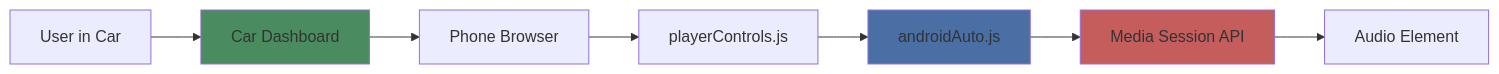
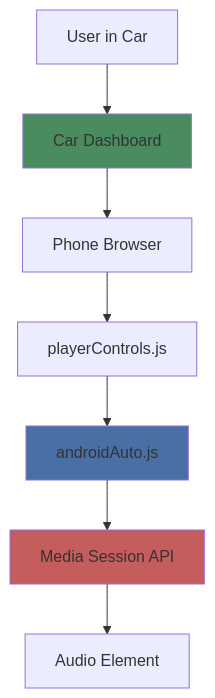
One commit to mark-me/mixtape-society changed the first of 3 diagrams in docs/development/device-integration/android-auto/overview.md. Above: the diagram before and after it, drawn with Mermaid. The commit also changed other lines of this file and 19 other files, not shown here.

First line of the commit message:
Simplify unreadable diagrams and correct small errors in the docs

````diff
--- a/docs/development/device-integration/android-auto/overview.md
+++ b/docs/development/device-integration/android-auto/overview.md
@@ -39,21 +39,21 @@
 ```mermaid
-graph LR
+graph TD
     User[User in Car]
     Car[Car Dashboard]
     Phone[Phone Browser]
     PlayerControls[playerControls.js]
     AndroidAuto[androidAuto.js]
     MediaSession[Media Session API]
     Audio[Audio Element]
 
     User --> Car
     Car --> Phone
     Phone --> PlayerControls
     PlayerControls --> AndroidAuto
     AndroidAuto --> MediaSession
     MediaSession --> Audio
 
     style AndroidAuto fill:#4a6fa5
     style MediaSession fill:#c65d5d
     style Car fill:#4a8c5f
 ```
````
